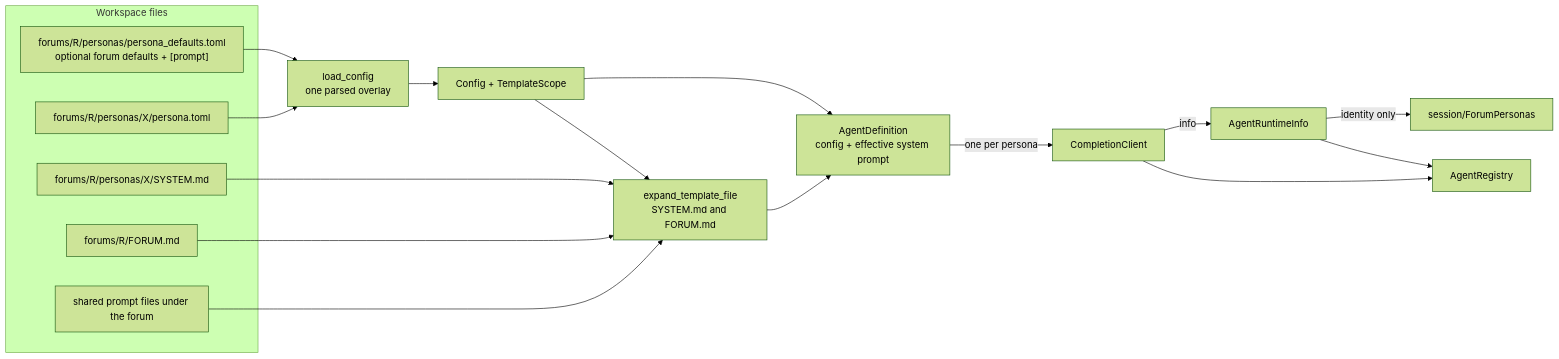
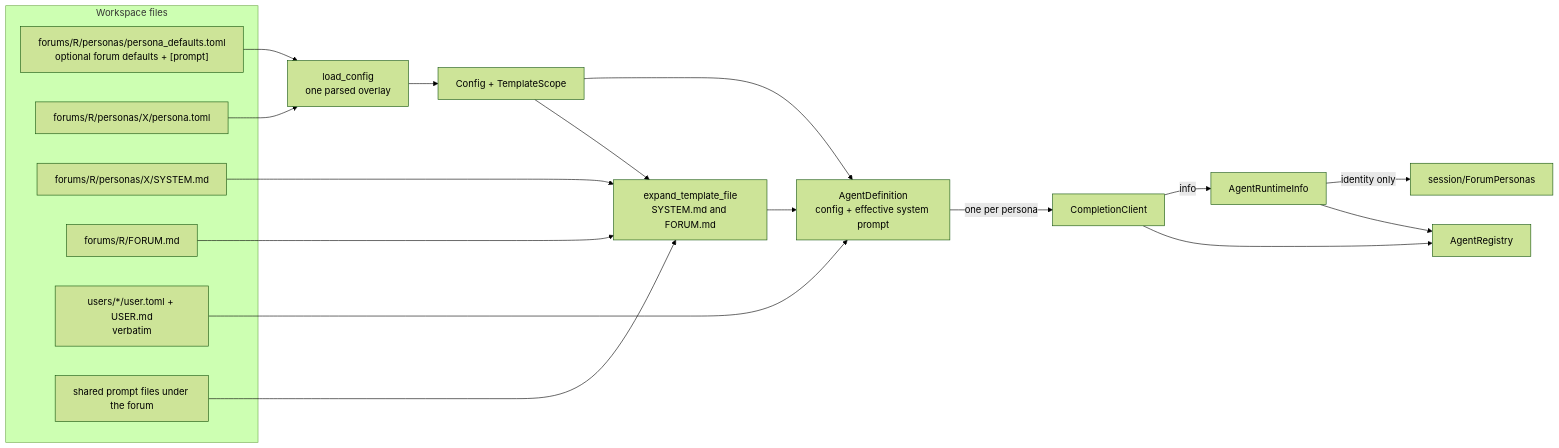
Before and after one commit to michaelpopov/cha: the first of 4 diagrams in src/agents/README.md, drawn with Mermaid (forest theme). The commit also changed other lines of this file and 8 other files, not shown here.

````diff
--- a/src/agents/README.md
+++ b/src/agents/README.md
@@ -25,25 +25,27 @@
 ```mermaid
 flowchart LR
     subgraph disk["Workspace files"]
         base["forums/R/personas/persona_defaults.toml<br/>optional forum defaults + [prompt]"]
         cfg["forums/R/personas/X/persona.toml"]
         sys["forums/R/personas/X/SYSTEM.md"]
         usr["forums/R/FORUM.md"]
+        roster["users/*/user.toml + USER.md<br/>verbatim"]
         shared["shared prompt files under the forum"]
     end
 
     base --> load["load_config<br/>one parsed overlay"]
     cfg --> load
     load --> conf["Config + TemplateScope"]
     conf --> expand["expand_template_file<br/>SYSTEM.md and FORUM.md"]
     sys --> expand
     usr --> expand
     shared --> expand
     expand --> def["AgentDefinition<br/>config + effective system prompt"]
     conf --> def
+    roster --> def
     def -->|"one per persona"| client["CompletionClient"]
     client --> registry["AgentRegistry"]
     client -->|"info"| runtime["AgentRuntimeInfo"]
     runtime --> registry
     runtime -->|"identity only"| personas["session/ForumPersonas"]
 ```
````
